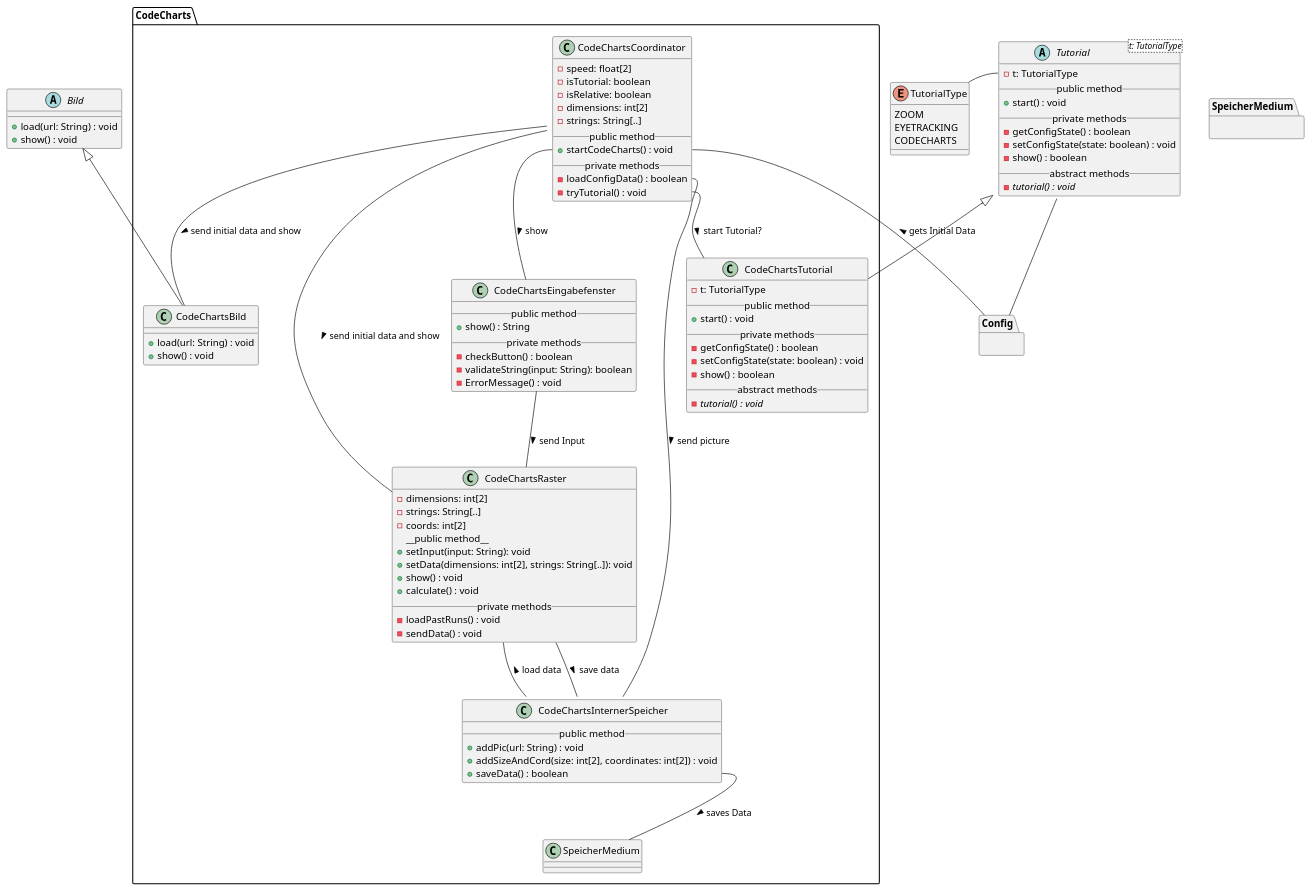
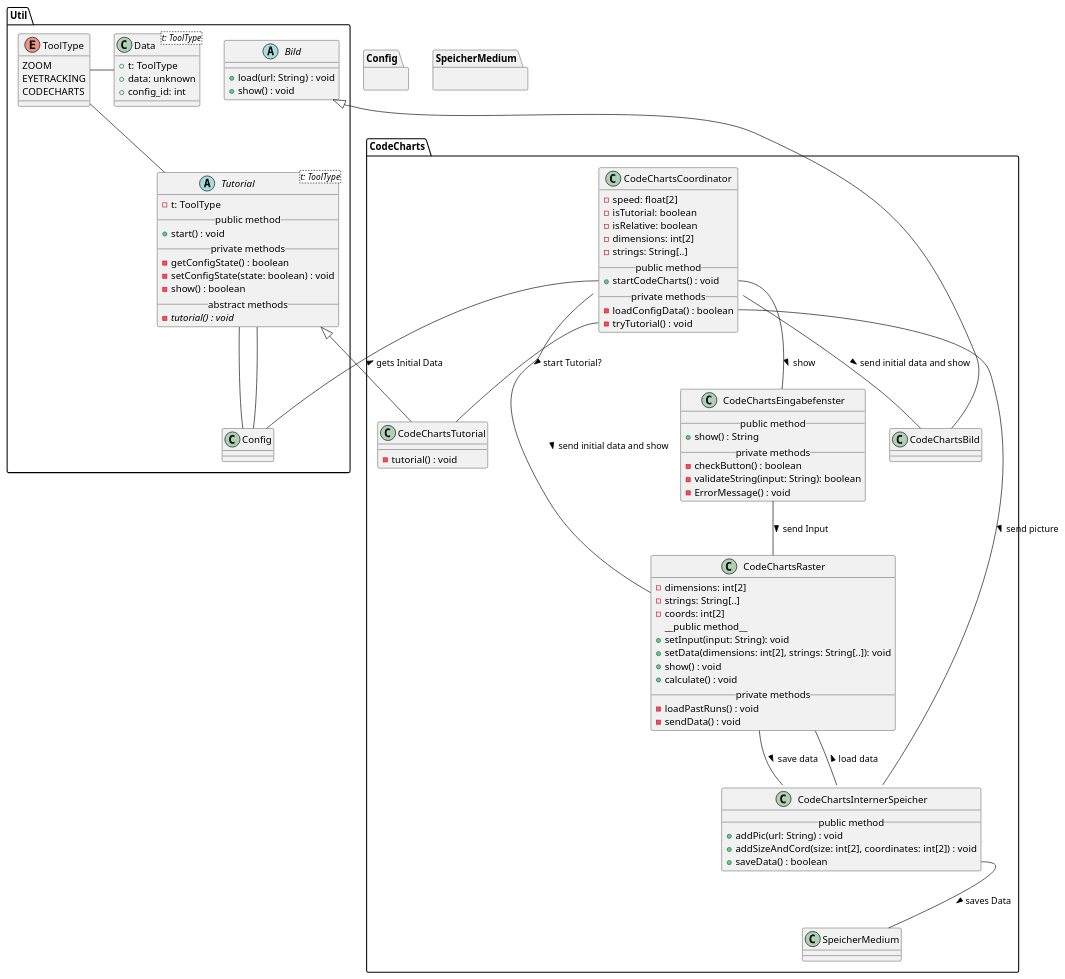
The diagram in meilenstein_03/uml-code_charts/uml-code_charts.puml (weichware10/meilensteine), drawn with PlantUML before and after one commit.

Commit message:
Util eingepflegt, Erben berichtigs

```diff
--- a/meilenstein_03/uml-code_charts/uml-code_charts.puml
+++ b/meilenstein_03/uml-code_charts/uml-code_charts.puml
@@ -1,134 +1,132 @@
 @startuml code_charts
 ' skinparam backgroundColor transparent
 '() System #DA70D5
 top to bottom direction
 
-' --- TUTORIAL ---
-abstract Tutorial<t: TutorialType> {
-  - t: TutorialType
-  __public method__
-  + start() : void
-  __private methods__
-  - getConfigState() : boolean
-  - setConfigState(state: boolean) : void
-  - show() : boolean
-  __abstract methods__
-  - {abstract} tutorial() : void
-}
-
-enum TutorialType {
-  ZOOM
-  EYETRACKING
-  CODECHARTS
-}
-
-' Interaktionen
-Tutorial::t -l- TutorialType
-Tutorial -d- Config
-
-
-' --- BILD ---
-
-abstract Bild {
-  + load(url: String) : void
-  + show() : void
-}
-
-' === CODE CHARTS ===
-package CodeCharts {
-
-    ' CodeCharts Tutorial 
-    class CodeChartsTutorial {
-      - t: TutorialType
+package Util {
+    ' --- TUTORIAL ---
+    abstract Tutorial<t: ToolType> {
+      - t: ToolType
       __public method__
       + start() : void
       __private methods__
       - getConfigState() : boolean
       - setConfigState(state: boolean) : void
       - show() : boolean
       __abstract methods__
       - {abstract} tutorial() : void
+    }
+
+    enum ToolType {
+      ZOOM
+      EYETRACKING
+      CODECHARTS
+    }
+
+    ' Interaktionen
+    Tutorial -u- ToolType
+    Data -r- ToolType
+    Tutorial -d- Config
+
+
+    ' --- BILD ---
+
+    abstract Bild {
+      + load(url: String) : void
+      + show() : void
+    }
+
+    class Data<t: ToolType> {
+        + t: ToolType
+        + data: unknown
+        + config_id: int
+    }
+}
+
+' === CODE CHARTS ===
+package CodeCharts {
+
+    ' CodeCharts Tutorial 
+    class CodeChartsTutorial {
+      - tutorial() : void
     }
   
     ' CodeCharts Coordinator
     class CodeChartsCoordinator {
         - speed: float[2]
         - isTutorial: boolean
         - isRelative: boolean
         - dimensions: int[2]
         - strings: String[..]
         __public method__
         + startCodeCharts() : void
         __private methods__
         - loadConfigData() : boolean
         - tryTutorial() : void
     }    
 
     ' CodeCharts Interner Speicher
     class CodeChartsInternerSpeicher {
         __public method__
         + addPic(url: String) : void
         + addSizeAndCord(size: int[2], coordinates: int[2]) : void
         + saveData() : boolean
     }
 
     ' CodeCharts Bild
     class CodeChartsBild {
-        + load(url: String) : void
-        + show() : void
     }
 
     ' CodeCharts Raster
     class CodeChartsRaster {
         ' Unsicher ob es sinnvoll ist alle vorherigen Durchläufe auf einmal zu laden
         - dimensions: int[2]
         - strings: String[..]
         - coords: int[2]
         __public method__ 
         + setInput(input: String): void
         + setData(dimensions: int[2], strings: String[..]): void
         + show() : void
         + calculate() : void
         __private methods__
         - loadPastRuns() : void
         - sendData() : void
     }
 
     ' CodeCharts Eingabefenster
     class CodeChartsEingabefenster {
         __public method__
         + show() : String
         __private methods__
         - checkButton() : boolean
         - validateString(input: String): boolean
         - ErrorMessage() : void
     }
 
-    ' Vererbungen
-    Bild <|-d- CodeChartsBild
-    Tutorial <|-d- CodeChartsTutorial
+  ' Vererbungen
+  Bild <|-d- CodeChartsBild
+  Tutorial <|-d- CodeChartsTutorial
 
-    ' Interaktionen
-    CodeChartsCoordinator -- CodeChartsBild : > send initial data and show
-    CodeChartsCoordinator -- CodeChartsRaster : > send initial data and show
-    CodeChartsCoordinator::startCodeCharts -- CodeChartsEingabefenster : > show
-    CodeChartsCoordinator::loadConfigData -- CodeChartsInternerSpeicher : > send picture
-    CodeChartsCoordinator::tryTutorial -- CodeChartsTutorial : > start Tutorial?
-    CodeChartsRaster -- CodeChartsInternerSpeicher : < load data
-    CodeChartsRaster -- CodeChartsInternerSpeicher : > save data
-    CodeChartsEingabefenster -- CodeChartsRaster : > send Input
+  ' Interaktionen 
+  Tutorial -d- Config
+  CodeChartsCoordinator -- CodeChartsBild : > send initial data and show
+  CodeChartsCoordinator -- CodeChartsRaster : > send initial data and show
+  CodeChartsCoordinator::startCodeCharts -- CodeChartsEingabefenster : > show
+  CodeChartsCoordinator::loadConfigData -- CodeChartsInternerSpeicher : > send picture
+  CodeChartsCoordinator::tryTutorial -- CodeChartsTutorial : > start Tutorial?
+  CodeChartsRaster -- CodeChartsInternerSpeicher : < load data
+  CodeChartsRaster -- CodeChartsInternerSpeicher : > save data
+  CodeChartsEingabefenster -- CodeChartsRaster : > send Input
 
-
-
-    ' Andere Module
-    CodeChartsInternerSpeicher::saveData -- SpeicherMedium : > saves Data
-    CodeChartsCoordinator::startCodeCharts -- Config : < gets Initial Data
+  ' Andere Module
+  CodeChartsInternerSpeicher::saveData -- SpeicherMedium : > saves Data
+  CodeChartsCoordinator::startCodeCharts -- Config : < gets Initial Data
   
 }
 
 ' Blackboxen / Andere Module
 package Config {}
 
 package SpeicherMedium {}
 
 @enduml
```
